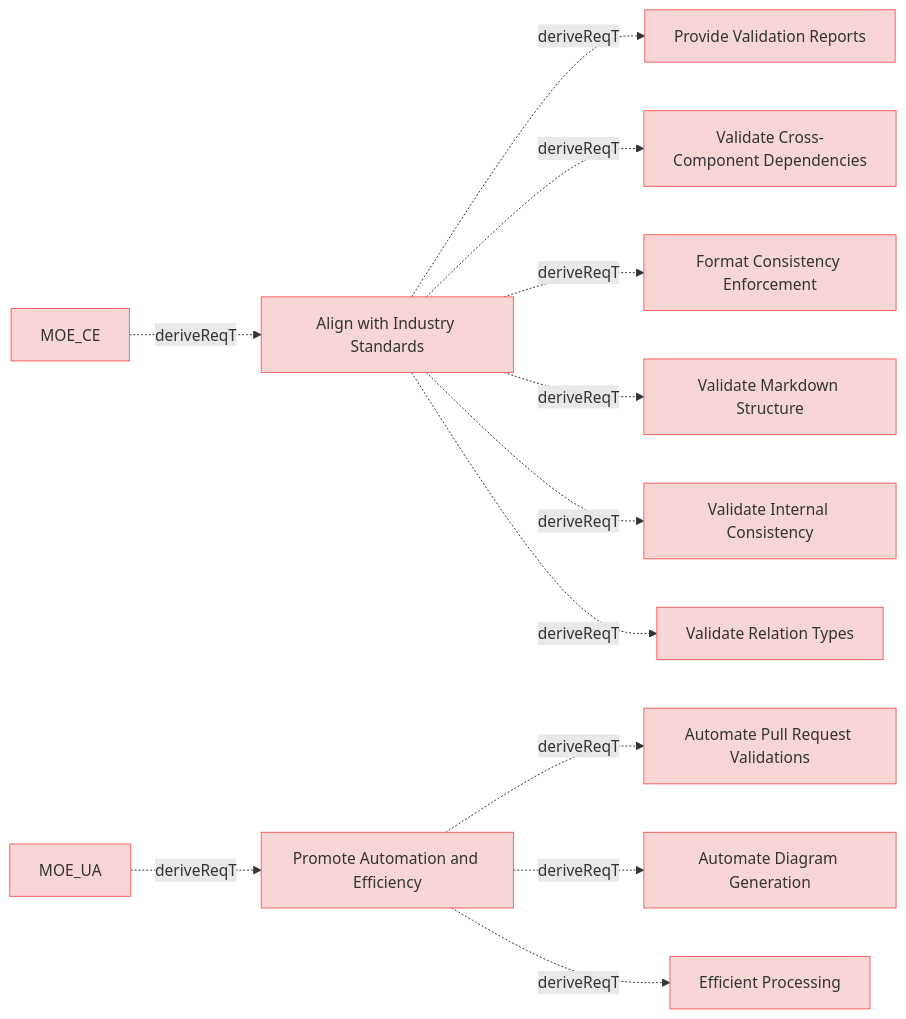
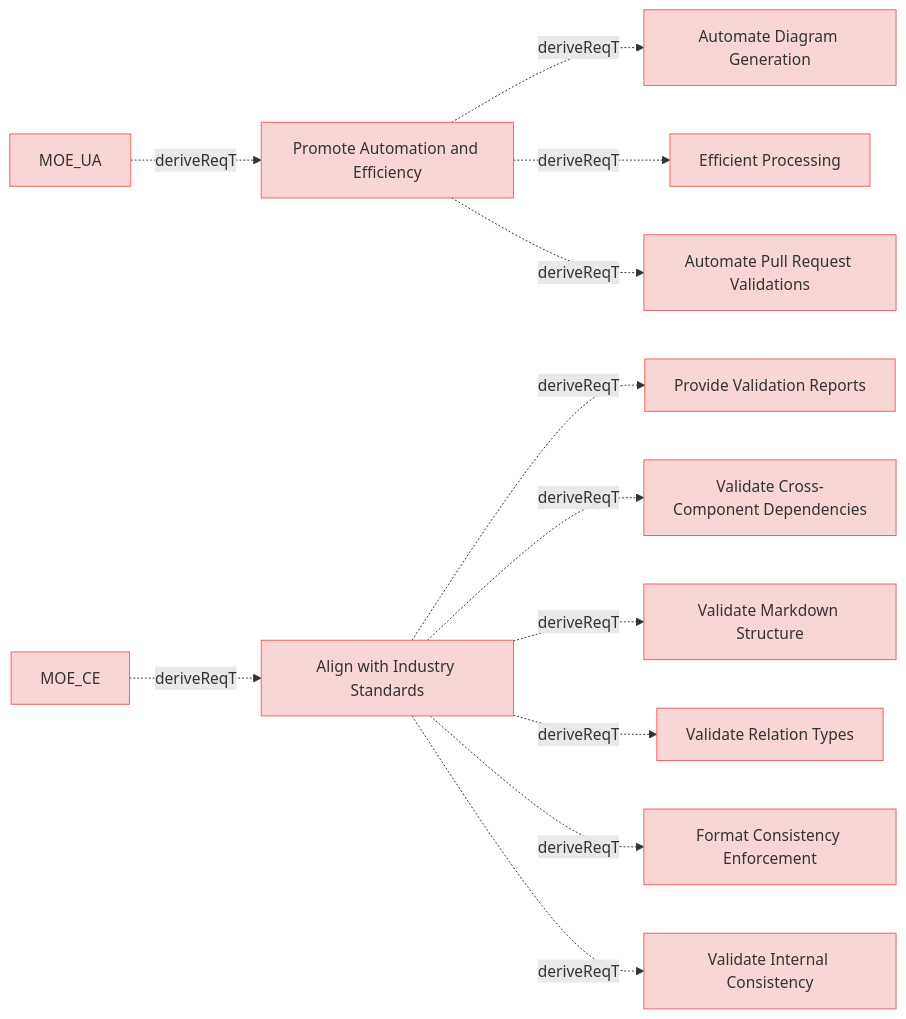
The diagram in specifications/MissionRequirements.md (reqvire-org/reqvire), drawn with Mermaid before and after one commit. The commit also changed other lines of this file and 18 other files, not shown here.

Commit message:
Updated diagrams

````diff
--- a/specifications/MissionRequirements.md
+++ b/specifications/MissionRequirements.md
@@ -5,60 +5,60 @@
 ```mermaid
 graph LR;
   %% REQVIRE-AUTOGENERATED-DIAGRAM
   %% Graph styling
   classDef requirement fill:#f9d6d6,stroke:#f55f5f,stroke-width:1px;
   classDef verification fill:#d6f9d6,stroke:#5fd75f,stroke-width:1px;
   classDef externalLink fill:#d0e0ff,stroke:#3080ff,stroke-width:1px;
   classDef default fill:#f5f5f5,stroke:#333333,stroke-width:1px;
 
+  80166c5161b33956["Promote Automation and Efficiency"];
+  class 80166c5161b33956 requirement;
+  click 80166c5161b33956 "MissionRequirements.md#promote-automation-and-efficiency";
+  98a581084d5542fa["Automate Diagram Generation"];
+  class 98a581084d5542fa requirement;
+  click 98a581084d5542fa "UserRequirements.md#automate-diagram-generation";
+  80166c5161b33956 -.->|deriveReqT| 98a581084d5542fa;
+  d193d11c43776bec["Efficient Processing"];
+  class d193d11c43776bec requirement;
+  click d193d11c43776bec "ManagingMbseModelsRequirements.md#efficient-processing";
+  80166c5161b33956 -.->|deriveReqT| d193d11c43776bec;
+  15f2f511b2399406["Automate Pull Request Validations"];
+  class 15f2f511b2399406 requirement;
+  click 15f2f511b2399406 "UserRequirements.md#automate-pull-request-validations";
+  80166c5161b33956 -.->|deriveReqT| 15f2f511b2399406;
   b74eec7ed767e7c["Align with Industry Standards"];
   class b74eec7ed767e7c requirement;
   click b74eec7ed767e7c "MissionRequirements.md#align-with-industry-standards";
   ed31b6bed1cde2f8["Provide Validation Reports"];
   class ed31b6bed1cde2f8 requirement;
   click ed31b6bed1cde2f8 "UserRequirements.md#provide-validation-reports";
   b74eec7ed767e7c -.->|deriveReqT| ed31b6bed1cde2f8;
   3bd9d29239564eeb["Validate Cross-Component Dependencies"];
   class 3bd9d29239564eeb requirement;
   click 3bd9d29239564eeb "UserRequirements.md#validate-cross-component-dependencies";
   b74eec7ed767e7c -.->|deriveReqT| 3bd9d29239564eeb;
+  586b073cd97908da["Validate Markdown Structure"];
+  class 586b073cd97908da requirement;
+  click 586b073cd97908da "UserRequirements.md#validate-markdown-structure";
+  b74eec7ed767e7c -.->|deriveReqT| 586b073cd97908da;
+  f25cbfbca6d6d92e["Validate Relation Types"];
+  class f25cbfbca6d6d92e requirement;
+  click f25cbfbca6d6d92e "UserRequirements.md#validate-relation-types";
+  b74eec7ed767e7c -.->|deriveReqT| f25cbfbca6d6d92e;
   974ccf933675ef44["Format Consistency Enforcement"];
   class 974ccf933675ef44 requirement;
   click 974ccf933675ef44 "UserRequirements.md#format-consistency-enforcement";
   b74eec7ed767e7c -.->|deriveReqT| 974ccf933675ef44;
-  586b073cd97908da["Validate Markdown Structure"];
-  class 586b073cd97908da requirement;
-  click 586b073cd97908da "UserRequirements.md#validate-markdown-structure";
-  b74eec7ed767e7c -.->|deriveReqT| 586b073cd97908da;
   c50887ce89be280a["Validate Internal Consistency"];
   class c50887ce89be280a requirement;
   click c50887ce89be280a "UserRequirements.md#validate-internal-consistency";
   b74eec7ed767e7c -.->|deriveReqT| c50887ce89be280a;
-  f25cbfbca6d6d92e["Validate Relation Types"];
-  class f25cbfbca6d6d92e requirement;
-  click f25cbfbca6d6d92e "UserRequirements.md#validate-relation-types";
-  b74eec7ed767e7c -.->|deriveReqT| f25cbfbca6d6d92e;
-  80166c5161b33956["Promote Automation and Efficiency"];
-  class 80166c5161b33956 requirement;
-  click 80166c5161b33956 "MissionRequirements.md#promote-automation-and-efficiency";
-  15f2f511b2399406["Automate Pull Request Validations"];
-  class 15f2f511b2399406 requirement;
-  click 15f2f511b2399406 "UserRequirements.md#automate-pull-request-validations";
-  80166c5161b33956 -.->|deriveReqT| 15f2f511b2399406;
-  98a581084d5542fa["Automate Diagram Generation"];
-  class 98a581084d5542fa requirement;
-  click 98a581084d5542fa "UserRequirements.md#automate-diagram-generation";
-  80166c5161b33956 -.->|deriveReqT| 98a581084d5542fa;
-  d193d11c43776bec["Efficient Processing"];
-  class d193d11c43776bec requirement;
-  click d193d11c43776bec "ManagingMbseModelsRequirements.md#efficient-processing";
-  80166c5161b33956 -.->|deriveReqT| d193d11c43776bec;
+  2c5f30f14e792200["MOE_UA"];
+  class 2c5f30f14e792200 requirement;
+  click 2c5f30f14e792200 "MOEs.md#moe_ua";
+  2c5f30f14e792200 -.->|deriveReqT| 80166c5161b33956;
   e9ad540a6411a0fc["MOE_CE"];
   class e9ad540a6411a0fc requirement;
   click e9ad540a6411a0fc "MOEs.md#moe_ce";
   e9ad540a6411a0fc -.->|deriveReqT| b74eec7ed767e7c;
-  2c5f30f14e792200["MOE_UA"];
-  class 2c5f30f14e792200 requirement;
-  click 2c5f30f14e792200 "MOEs.md#moe_ua";
-  2c5f30f14e792200 -.->|deriveReqT| 80166c5161b33956;
 ```
````
